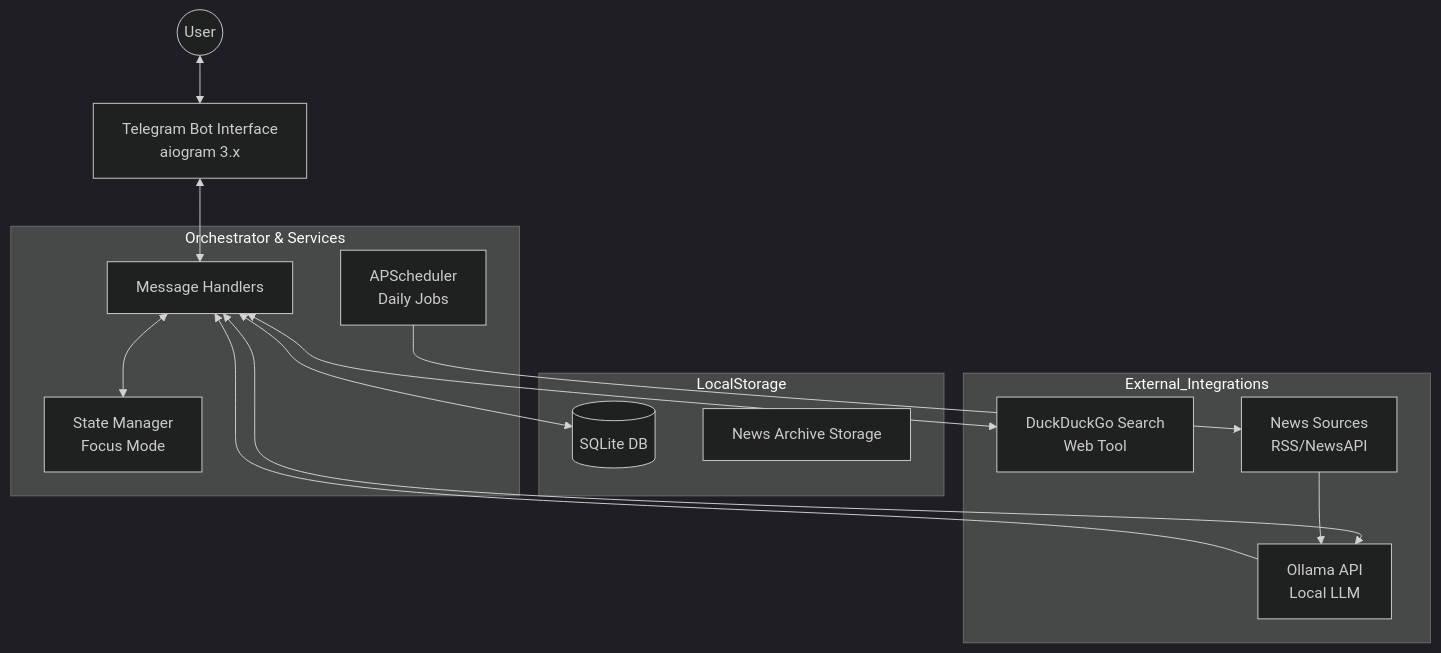
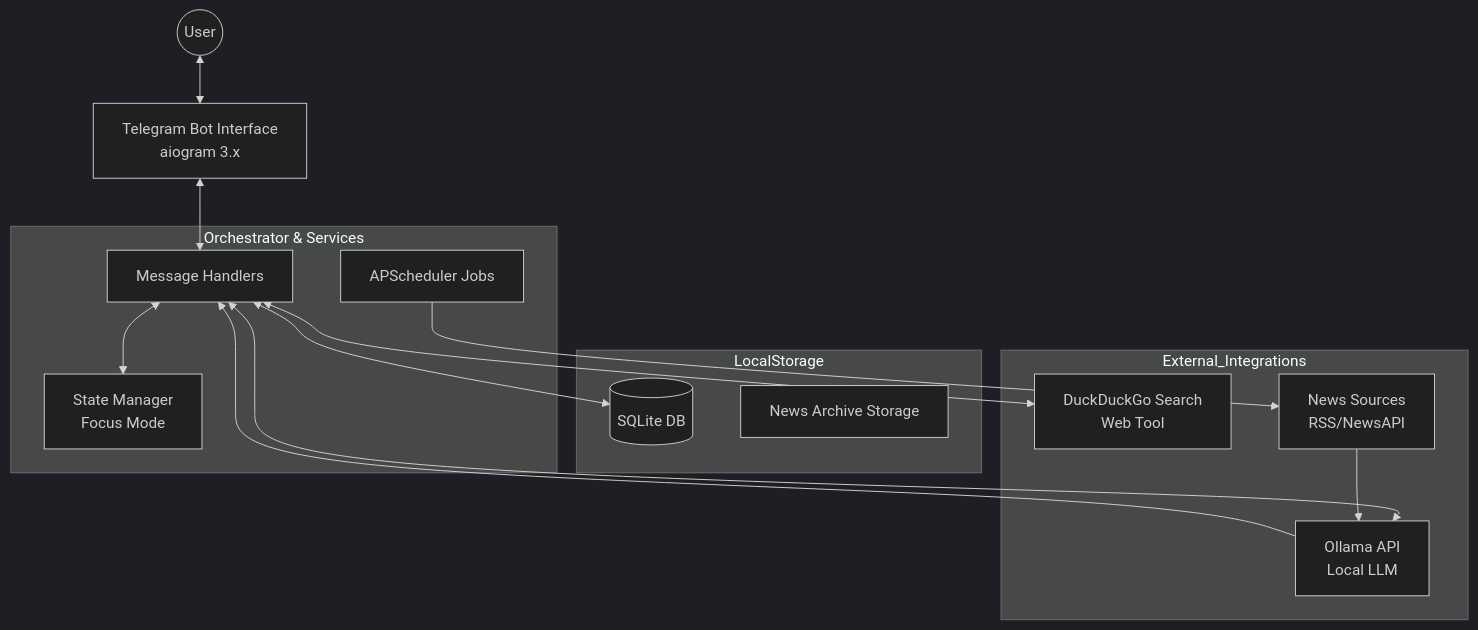
Before and after one commit to lebaohungk05/TOOL_DA: the diagram in ARCHITECTURE.md, drawn with Mermaid (dark theme). The commit also changed other lines of this file and 2 other files, not shown here.

Commit message:
fix: from daily, to scheduled timer for new briefing

````diff
--- a/ARCHITECTURE.md
+++ b/ARCHITECTURE.md
@@ -12,31 +12,31 @@
 ```mermaid
 graph TD
     User((User)) <--> TG[Telegram Bot Interface<br/>aiogram 3.x]
     
     subgraph Core_Logic [Orchestrator & Services]
         Handlers[Message Handlers]
         FSM[State Manager<br/>Focus Mode]
-        Scheduler[APScheduler<br/>Daily Jobs]
+        Scheduler[APScheduler Jobs]
     end
 
     TG <--> Handlers
     Handlers <--> FSM
     
     subgraph Data_Layer [LocalStorage]
         DB[(SQLite DB)]
         Archive[News Archive Storage]
     end
     
     subgraph External_Integrations
         AI[Ollama API<br/>Local LLM]
         Search[DuckDuckGo Search<br/>Web Tool]
         News[News Sources<br/>RSS/NewsAPI]
     end
 
     Handlers <--> DB
     Handlers <--> AI
     Handlers <--> Search
     Scheduler --> News
     News --> AI
     AI --> Handlers
 ```
````
